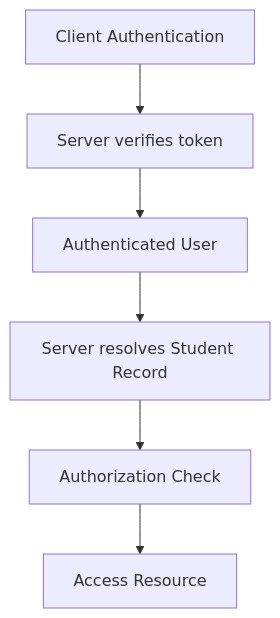
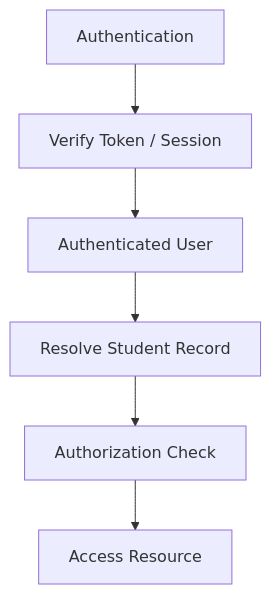
Before and after one commit to ntdotjsx/ovec-bypass: the second of 4 diagrams in README.md, drawn with Mermaid. The commit also changed other lines of this file, not shown here.

````diff
--- a/README.md
+++ b/README.md
@@ -262,14 +299,14 @@
 ```mermaid
 flowchart TD
 
-    A[Client Authentication]
-    --> B[Server verifies token]
+    A[Authentication]
+    --> B[Verify Token / Session]
 
     B --> C[Authenticated User]
 
-    C --> D[Server resolves Student Record]
+    C --> D[Resolve Student Record]
 
     D --> E[Authorization Check]
 
     E --> F[Access Resource]
 ```
````
